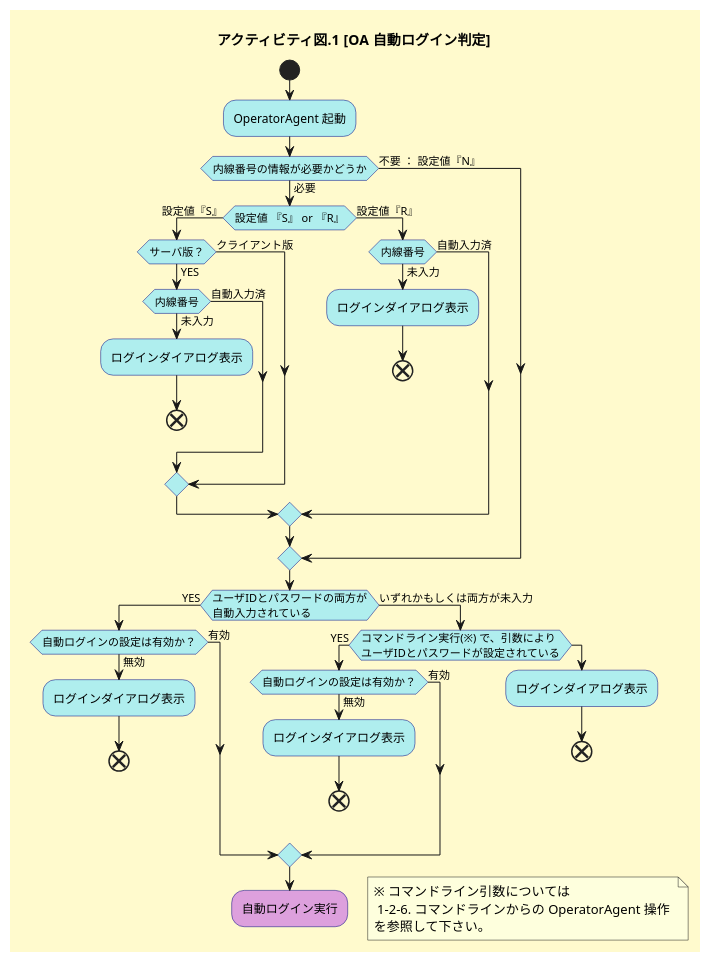
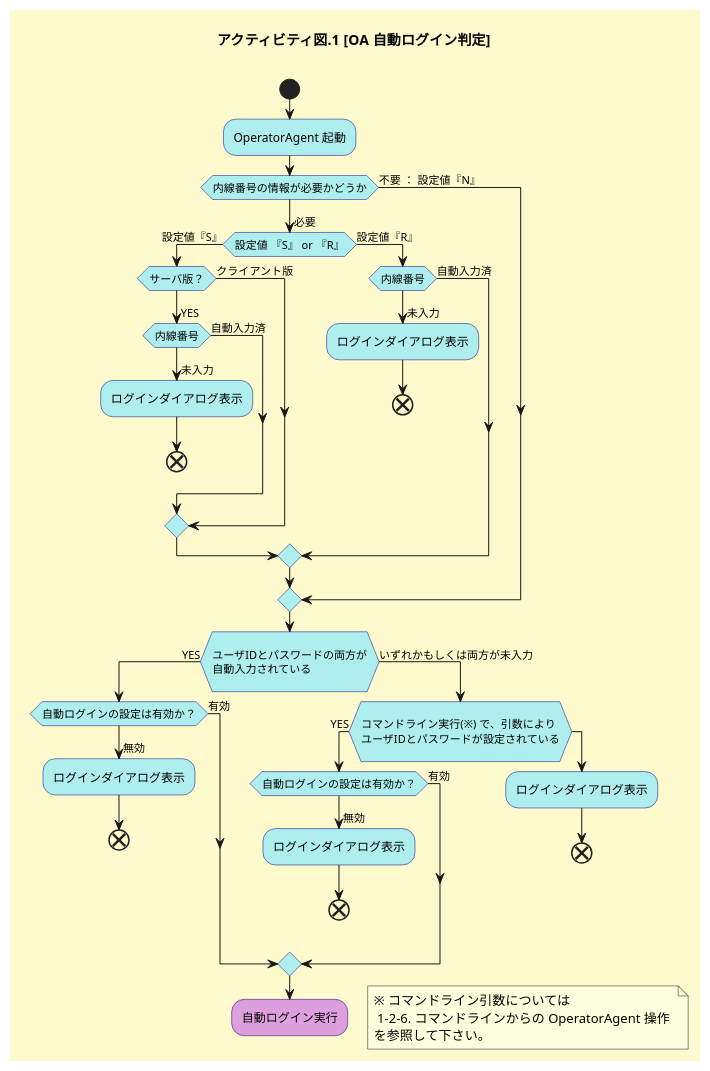
Before and after one commit to ytakagi-ponkotsu/function: the first of 2 diagrams in 詳解 Communication Suite 機能編.md, drawn with PlantUML. The commit also changed other lines of this file, not shown here.

````diff
--- a/詳解 Communication Suite 機能編.md
+++ b/詳解 Communication Suite 機能編.md
@@ -129,56 +129,56 @@
 ```plantuml
 @startuml
 skinparam {
 defaultFontName BIZ UDPゴシック
 }
 skinparam backgroundColor #fffacd
 skinparam activity  {
 BackgroundColor #afeeee
 BorderColor #000080
 }
-title アクティビティ図.1 [OA 自動ログイン判定]
+title アクティビティ図.1 [OA 自動ログイン判定]\n
 
 
 start
 :OperatorAgent 起動;
 if (内線番号の情報が必要かどうか) then (不要 ： 設定値『N』)
-else (必要)
+else (\n必要)
 	if (設定値 『S』 or 『R』) then (設定値『S』)
-		if (サーバ版？) then (YES)
-			if (内線番号) then (未入力)
+		if (サーバ版？) then (\nYES)
+			if (内線番号) then (\n未入力)
 				-ログインダイアログ表示
 				end
 			else (自動入力済)
 			endif
 		else (クライアント版)
 		endif
 	else (設定値『R』)
-		if (内線番号) then (未入力)
+		if (内線番号) then (\n未入力)
 			-ログインダイアログ表示
 			end
 		else (自動入力済)
 		endif
 	endif
 endif
-if (ユーザIDとパスワードの両方が\n自動入力されている) then (YES)
+if (\nユーザIDとパスワードの両方が\n自動入力されている\n) then (YES)
 	if (自動ログインの設定は有効か？) then (有効)
-	else (無効)
+	else (\n無効)
 	  -ログインダイアログ表示
 		end
 	endif
 else (いずれかもしくは両方が未入力)
-	if (コマンドライン実行(※) で、引数により\nユーザIDとパスワードが設定されている) then (YES)
+	if (\nコマンドライン実行(※) で、引数により\nユーザIDとパスワードが設定されている\n) then (YES)
 		if (自動ログインの設定は有効か？) then (有効)
-		else (無効)
+		else (\n無効)
 		  -ログインダイアログ表示
 			end
 		endif
 	else
 		-ログインダイアログ表示
 		end
 	endif
 endif
 #plum:自動ログイン実行;
 floating note right: ※ コマンドライン引数については \n 1-2-6. コマンドラインからの OperatorAgent 操作 \nを参照して下さい。
 @enduml
 ```
````
